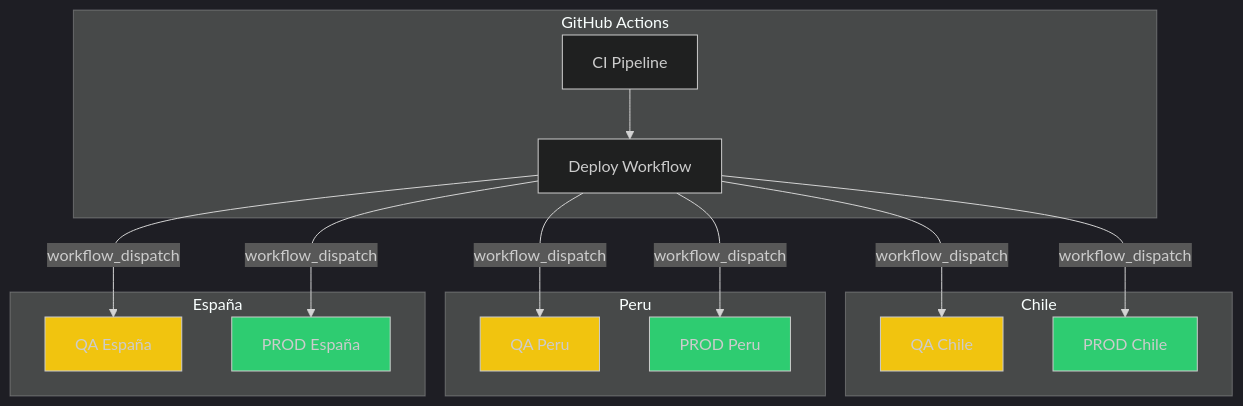
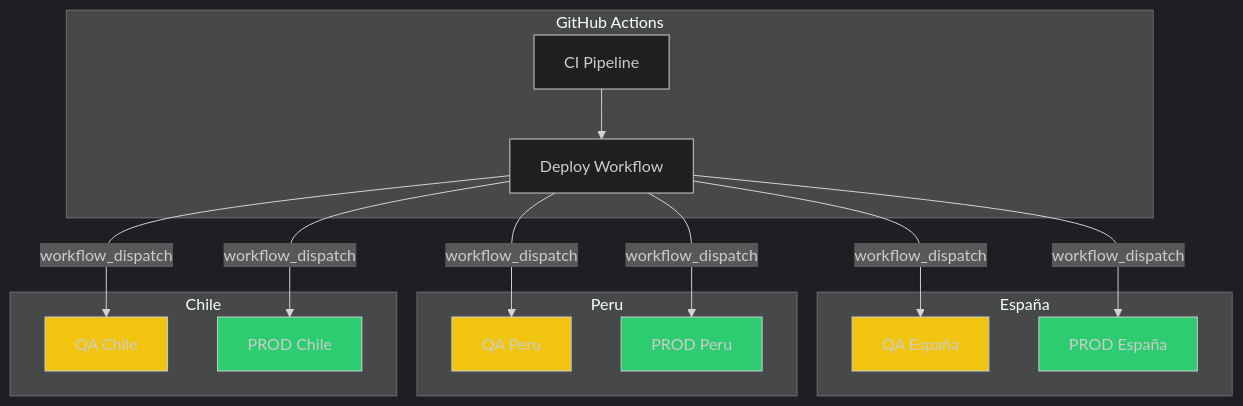
The fourth of 4 diagrams in presentations/deep-dives/infrastructure-gcp.md (developer-implementos/integration-presentations), drawn with Mermaid before and after one commit. The commit also changed other lines of this file, not shown here.

First line of the commit message:
style(infrastructure-gcp): mejorar presentación de arquitecturas con mermaid

````diff
--- a/presentations/deep-dives/infrastructure-gcp.md
+++ b/presentations/deep-dives/infrastructure-gcp.md
@@ -765,38 +768,38 @@
 ```mermaid
 %%{init: {'theme': 'dark'}}%%
 graph TB
     subgraph "GitHub Actions"
         CI[CI Pipeline]
         DEPLOY[Deploy Workflow]
     end
 
-    subgraph "Chile"
-        QA_CL[QA Chile]
-        PROD_CL[PROD Chile]
+    subgraph "España"
+        QA_ES[QA España]
+        PROD_ES[PROD España]
     end
 
     subgraph "Peru"
         QA_PE[QA Peru]
         PROD_PE[PROD Peru]
     end
 
-    subgraph "España"
-        QA_ES[QA España]
-        PROD_ES[PROD España]
+    subgraph "Chile"
+        QA_CL[QA Chile]
+        PROD_CL[PROD Chile]
     end
 
     CI --> DEPLOY
     DEPLOY -->|workflow_dispatch| QA_CL
     DEPLOY -->|workflow_dispatch| PROD_CL
     DEPLOY -->|workflow_dispatch| QA_PE
     DEPLOY -->|workflow_dispatch| PROD_PE
     DEPLOY -->|workflow_dispatch| QA_ES
     DEPLOY -->|workflow_dispatch| PROD_ES
 
     style QA_CL fill:#f1c40f
     style PROD_CL fill:#2ecc71
     style QA_PE fill:#f1c40f
     style PROD_PE fill:#2ecc71
     style QA_ES fill:#f1c40f
     style PROD_ES fill:#2ecc71
 ```
````
